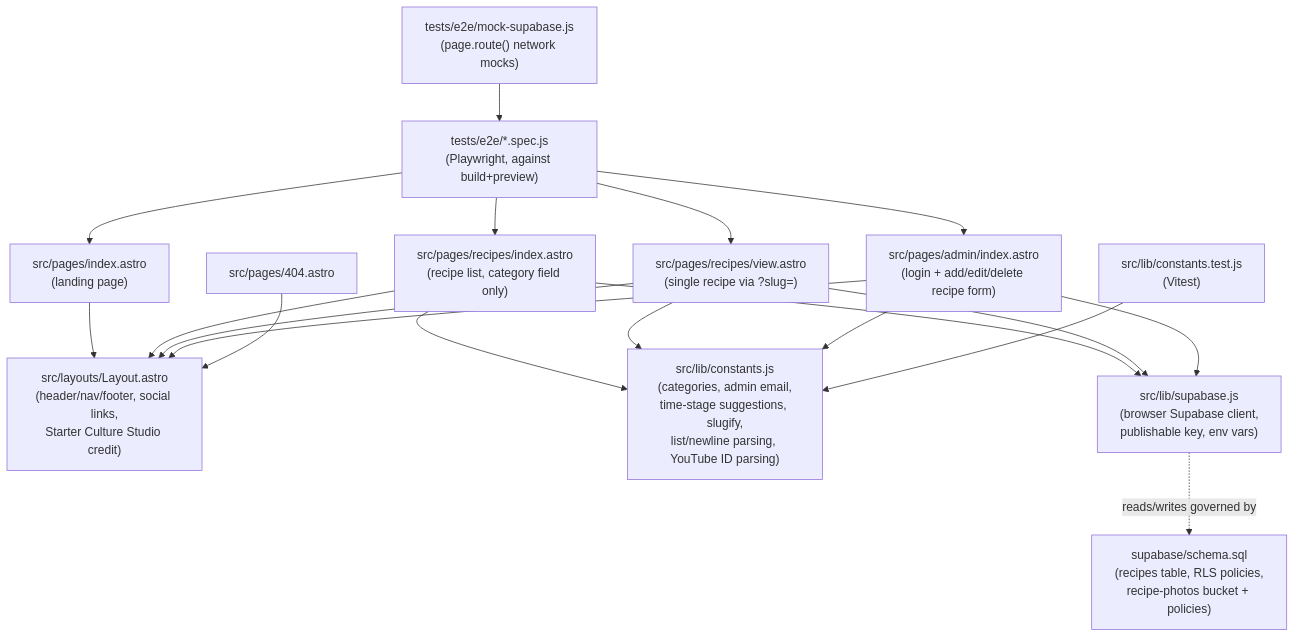
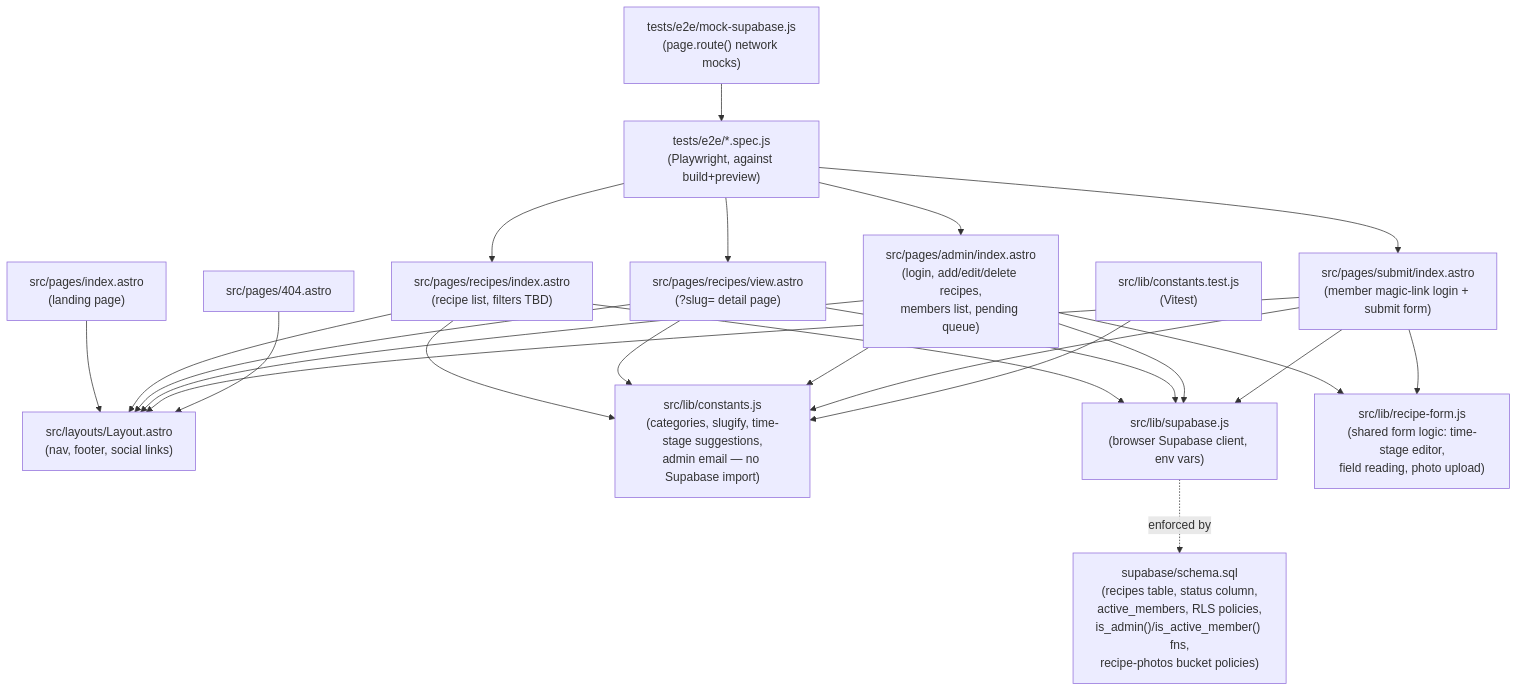
One commit to BubbaF377/heartland-fermenters-guild changed the first of 3 diagrams in docs/VISUALIZER.md. Above: the diagram before and after it, drawn with Mermaid. The commit also changed other lines of this file, not shown here.

````diff
--- a/docs/VISUALIZER.md
+++ b/docs/VISUALIZER.md
@@ -8,38 +8,46 @@
 ```mermaid
 graph TD
-    Layout["src/layouts/Layout.astro<br/>(header/nav/footer, social links,<br/>Starter Culture Studio credit)"]
+    Layout["src/layouts/Layout.astro<br/>(nav, footer, social links)"]
 
-    IndexPage["src/pages/index.astro<br/>(landing page)"]
-    RecipesList["src/pages/recipes/index.astro<br/>(recipe list, category field only)"]
-    RecipeView["src/pages/recipes/view.astro<br/>(single recipe via ?slug=)"]
-    AdminPage["src/pages/admin/index.astro<br/>(login + add/edit/delete recipe form)"]
+    Index["src/pages/index.astro<br/>(landing page)"]
+    RecipesList["src/pages/recipes/index.astro<br/>(recipe list, filters TBD)"]
+    RecipeView["src/pages/recipes/view.astro<br/>(?slug= detail page)"]
+    AdminPage["src/pages/admin/index.astro<br/>(login, add/edit/delete recipes,<br/>members list, pending queue)"]
+    SubmitPage["src/pages/submit/index.astro<br/>(member magic-link login + submit form)"]
     NotFound["src/pages/404.astro"]
 
-    Constants["src/lib/constants.js<br/>(categories, admin email,<br/>time-stage suggestions, slugify,<br/>list/newline parsing, YouTube ID parsing)"]
-    SupabaseClient["src/lib/supabase.js<br/>(browser Supabase client,<br/>publishable key, env vars)"]
+    Constants["src/lib/constants.js<br/>(categories, slugify, time-stage suggestions,<br/>admin email — no Supabase import)"]
+    SupabaseClient["src/lib/supabase.js<br/>(browser Supabase client, env vars)"]
+    RecipeForm["src/lib/recipe-form.js<br/>(shared form logic: time-stage editor,<br/>field reading, photo upload)"]
 
-    Schema["supabase/schema.sql<br/>(recipes table, RLS policies,<br/>recipe-photos bucket + policies)"]
+    Schema["supabase/schema.sql<br/>(recipes table, status column,<br/>active_members, RLS policies,<br/>is_admin()/is_active_member() fns,<br/>recipe-photos bucket policies)"]
 
-    IndexPage --> Layout
+    Index --> Layout
     RecipesList --> Layout
     RecipeView --> Layout
     AdminPage --> Layout
+    SubmitPage --> Layout
     NotFound --> Layout
 
     RecipesList --> SupabaseClient
+    RecipesList --> Constants
     RecipeView --> SupabaseClient
+    RecipeView --> Constants
+
     AdminPage --> SupabaseClient
+    AdminPage --> Constants
+    AdminPage --> RecipeForm
 
-    RecipesList --> Constants
-    RecipeView --> Constants
-    AdminPage --> Constants
+    SubmitPage --> SupabaseClient
+    SubmitPage --> Constants
+    SubmitPage --> RecipeForm
 
-    SupabaseClient -. "reads/writes governed by" .-> Schema
+    SupabaseClient -.enforced by.-> Schema
 
-    VitestTest["src/lib/constants.test.js<br/>(Vitest)"] --> Constants
-    PlaywrightTests["tests/e2e/*.spec.js<br/>(Playwright, against build+preview)"] --> IndexPage
-    PlaywrightTests --> RecipesList
-    PlaywrightTests --> RecipeView
-    PlaywrightTests --> AdminPage
-    MockSupabase["tests/e2e/mock-supabase.js<br/>(page.route() network mocks)"] --> PlaywrightTests
+    ConstTest["src/lib/constants.test.js<br/>(Vitest)"] --> Constants
+    E2E["tests/e2e/*.spec.js<br/>(Playwright, against build+preview)"] --> AdminPage
+    E2E --> SubmitPage
+    E2E --> RecipesList
+    E2E --> RecipeView
+    MockSupabase["tests/e2e/mock-supabase.js<br/>(page.route() network mocks)"] --> E2E
 ```
````
